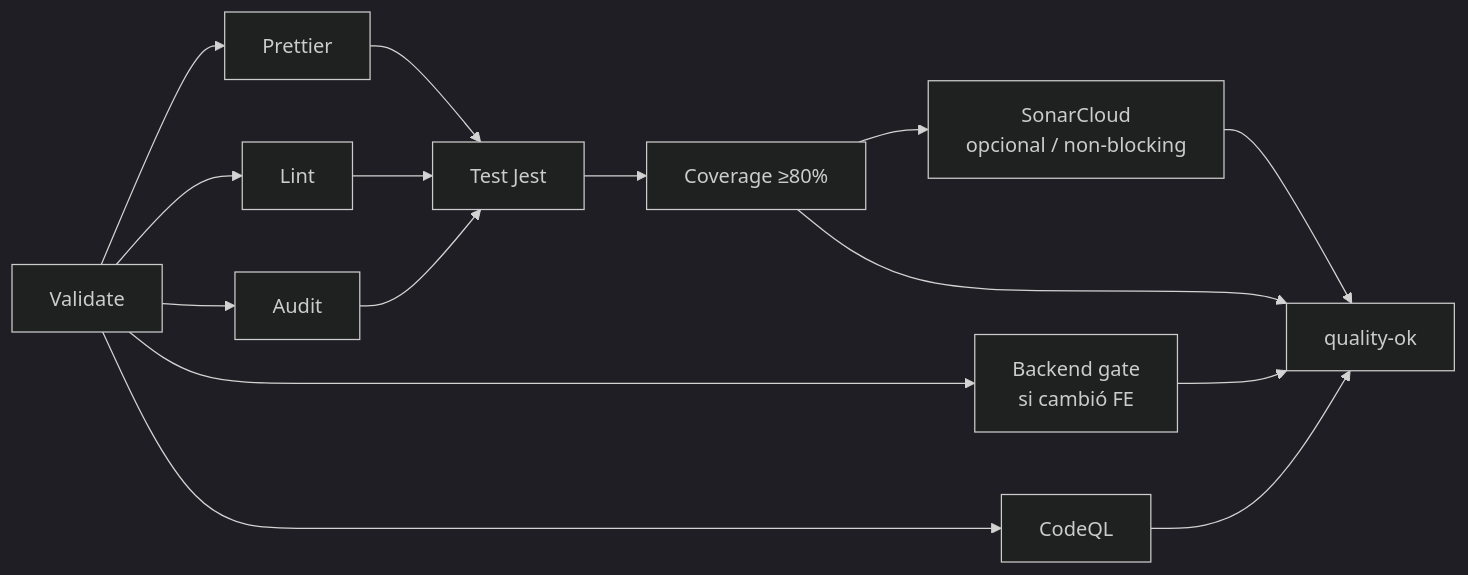
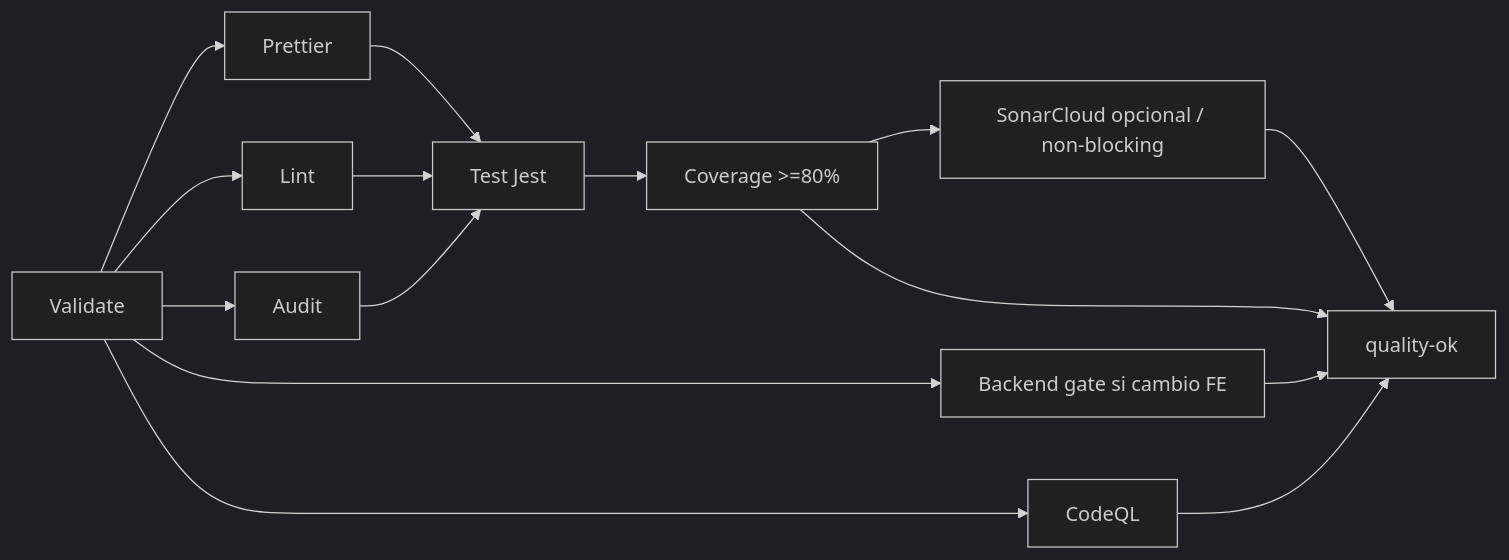
One commit to DanielMat97/checkout-store-fullstack-test changed the second of 5 diagrams in README.md. Above: the diagram before and after it, drawn with Mermaid (dark theme). The commit also changed other lines of this file and 5 other files, not shown here.

````diff
--- a/README.md
+++ b/README.md
@@ -187,18 +187,19 @@
 ```mermaid
 flowchart LR
   V[Validate] --> P[Prettier]
   V --> L[Lint]
   V --> A[Audit]
-  V --> BE[Backend gate<br/>si cambió FE]
+  V --> BE["Backend gate si cambio FE"]
+
   V --> QL[CodeQL]
 
-  P --> T[Test Jest]
+  P --> T["Test Jest"]
   L --> T
   A --> T
-  T --> C[Coverage ≥80%]
-  C --> S[SonarCloud<br/>opcional / non-blocking]
+  T --> C["Coverage >=80%"]
+  C --> S["SonarCloud opcional / non-blocking"]
   C --> QOK[quality-ok]
   QL --> QOK
   S --> QOK
   BE --> QOK
 ```
````
